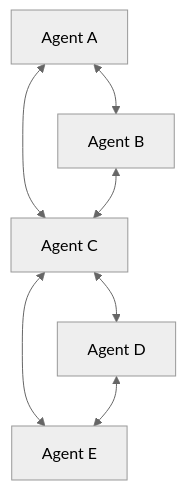
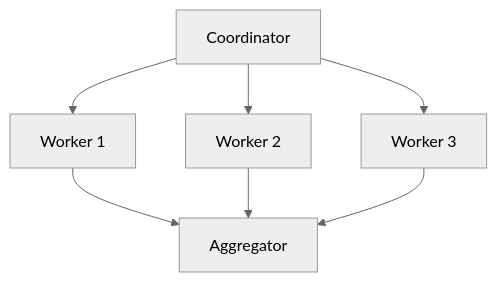
The third of 4 diagrams in docs/user-guide/concepts/multi-agent/graph.md (daniel-was-taken/docs-strands), drawn with Mermaid (neutral theme) before and after one commit. The commit also changed other lines of this file and 1 other file, not shown here.

Commit message:
docs(multiagent): docs pages for Swarm + Graph (#147)

````diff
--- a/docs/user-guide/concepts/multi-agent/graph.md
+++ b/docs/user-guide/concepts/multi-agent/graph.md
@@ -57,15 +295,9 @@
 ```mermaid
 graph TD
-    AgentA[Agent A]
-    AgentB[Agent B]
-    AgentC[Agent C]
-    AgentD[Agent D]
-    AgentE[Agent E]
-    
-    AgentA <--> AgentB
-    AgentA <--> AgentC
-    AgentB <--> AgentC
-    AgentC <--> AgentD
-    AgentC <--> AgentE
-    AgentD <--> AgentE
+    A[Coordinator] --> B[Worker 1]
+    A --> C[Worker 2]
+    A --> D[Worker 3]
+    B --> E[Aggregator]
+    C --> E
+    D --> E
 ```
````
